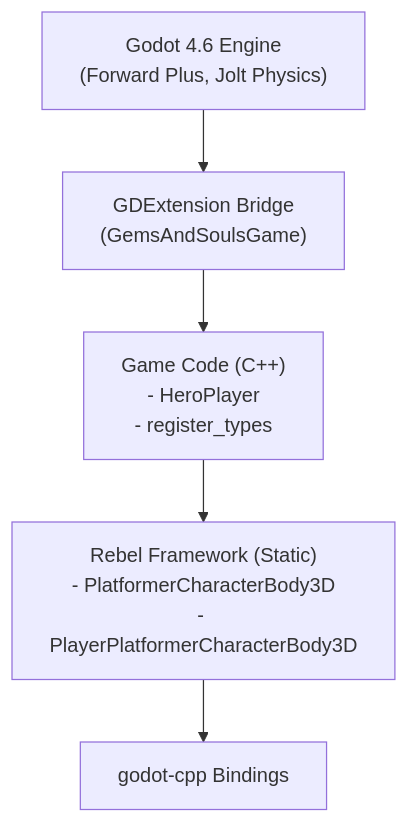
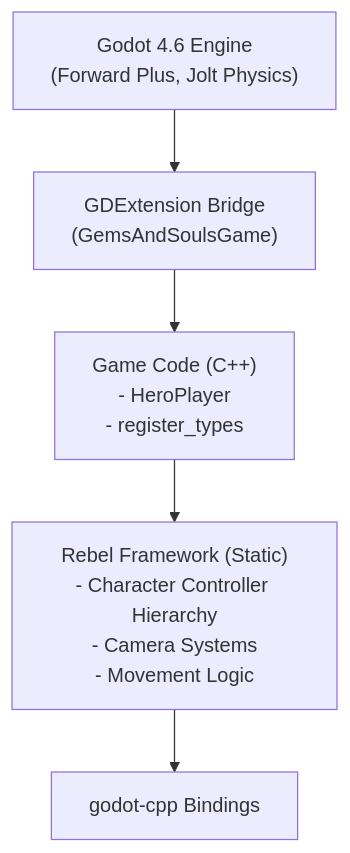
One commit to morcillo-alex/gems-and-souls changed the second of 3 diagrams in documentation/game-design-document.md. Above: the diagram before and after it, drawn with Mermaid. The commit also changed other lines of this file and 10 other files, not shown here.

````diff
--- a/documentation/game-design-document.md
+++ b/documentation/game-design-document.md
@@ -367,10 +405,10 @@
 ```mermaid
 graph TD
     A["Godot 4.6 Engine\n(Forward Plus, Jolt Physics)"]
     B["GDExtension Bridge\n(GemsAndSoulsGame)"]
     C["Game Code (C++)\n- HeroPlayer\n- register_types"]
-    D["Rebel Framework (Static)\n- PlatformerCharacterBody3D\n- PlayerPlatformerCharacterBody3D"]
+    D["Rebel Framework (Static)\n- Character Controller Hierarchy\n- Camera Systems\n- Movement Logic"]
     E["godot-cpp Bindings"]
 
     A --> B --> C --> D --> E
 ```
````
